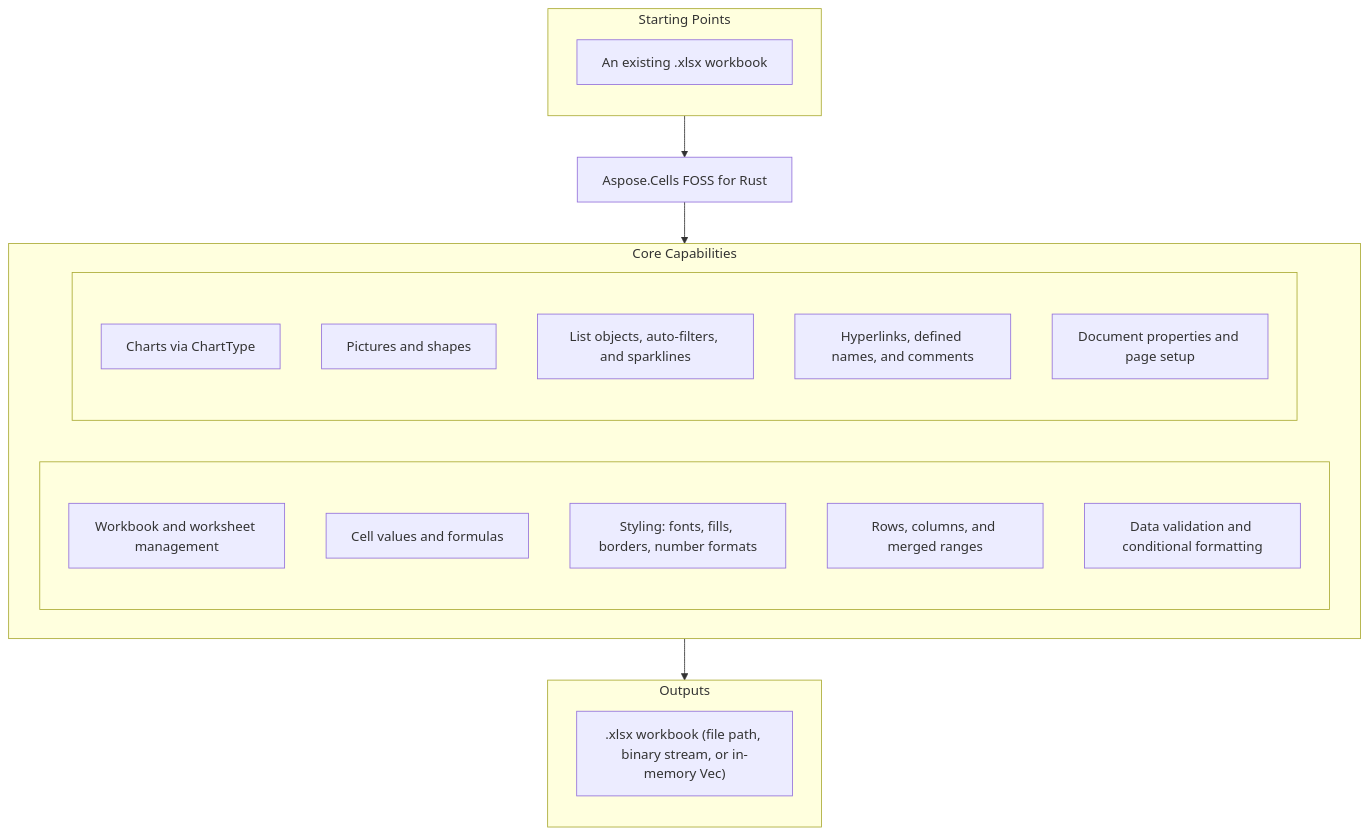
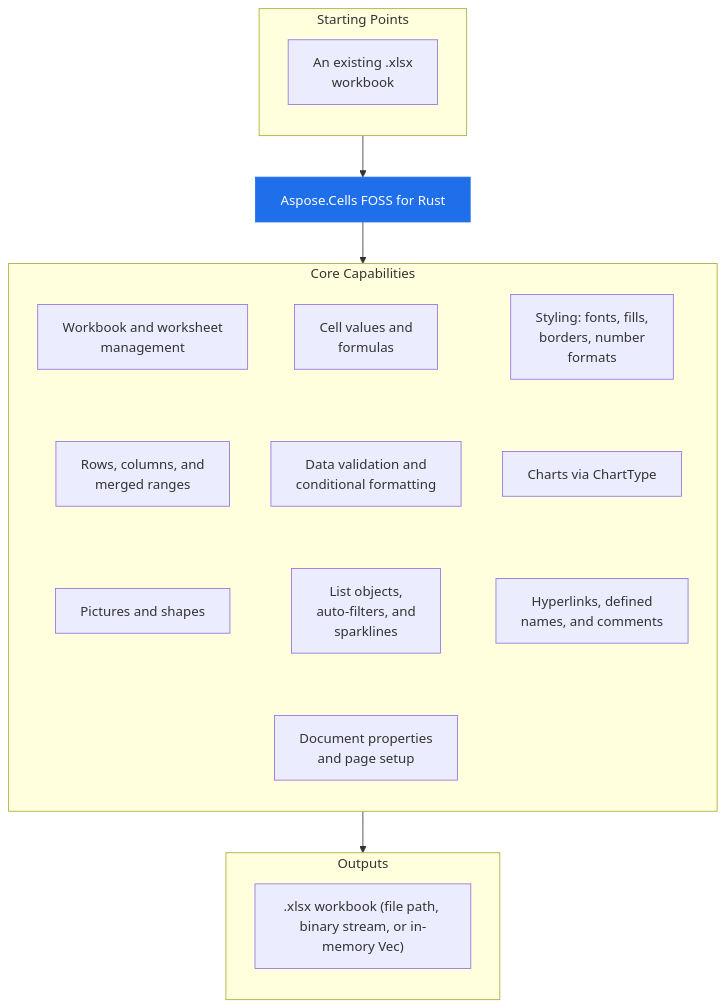
One commit to babar-raza/repo-presenter changed the diagram in 1a6004af47b1ef15385f9d36d381a8172428cc7e/README.md. Above: the diagram before and after it, drawn with Mermaid. The commit also changed 6 other files, not shown here.

````diff
--- a/1a6004af47b1ef15385f9d36d381a8172428cc7e/README.md
+++ b/1a6004af47b1ef15385f9d36d381a8172428cc7e/README.md
@@ -34,32 +34,37 @@
 ```mermaid
-flowchart TD
+flowchart TB
   subgraph StartingPoints["Starting Points"]
     direction TB
-    i1["An existing .xlsx workbook"]
+    i1["An existing .xlsx<br/>workbook"]
   end
   PRODUCT["Aspose.Cells FOSS for Rust"]
   subgraph Capabilities["Core Capabilities"]
-    direction LR
-    subgraph capl[" "]
-      direction TB
-      c1["Workbook and worksheet management"]
-      c2["Cell values and formulas"]
-      c3["Styling: fonts, fills, borders, number formats"]
-      c4["Rows, columns, and merged ranges"]
-      c5["Data validation and conditional formatting"]
-    end
-    subgraph capr[" "]
-      direction TB
-      c6["Charts via ChartType"]
-      c7["Pictures and shapes"]
-      c8["List objects, auto-filters, and sparklines"]
-      c9["Hyperlinks, defined names, and comments"]
-      c10["Document properties and page setup"]
-    end
+    direction TB
+    c1["Workbook and worksheet<br/>management"]
+    c2["Cell values and<br/>formulas"]
+    c3["Styling: fonts, fills,<br/>borders, number<br/>formats"]
+    c4["Rows, columns, and<br/>merged ranges"]
+    c5["Data validation and<br/>conditional formatting"]
+    c6["Charts via ChartType"]
+    c7["Pictures and shapes"]
+    c8["List objects,<br/>auto-filters, and<br/>sparklines"]
+    c9["Hyperlinks, defined<br/>names, and comments"]
+    c10["Document properties<br/>and page setup"]
+    c1 ~~~ c4
+    c2 ~~~ c5
+    c3 ~~~ c6
+    c4 ~~~ c7
+    c5 ~~~ c8
+    c6 ~~~ c9
+    c7 ~~~ c10
+    c8 ~~~ c10
+    c9 ~~~ c10
   end
   subgraph Outputs["Outputs"]
     direction TB
     o1[".xlsx workbook (file path, binary stream, or in-memory Vec<u8>)"]
   end
   StartingPoints --> PRODUCT --> Capabilities --> Outputs
+  classDef product fill:#1f6feb,stroke:#1f6feb,color:#ffffff
+  class PRODUCT product
 ```
````
